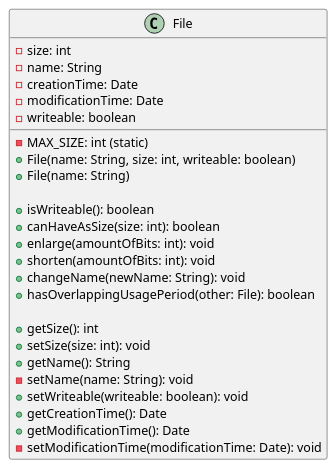
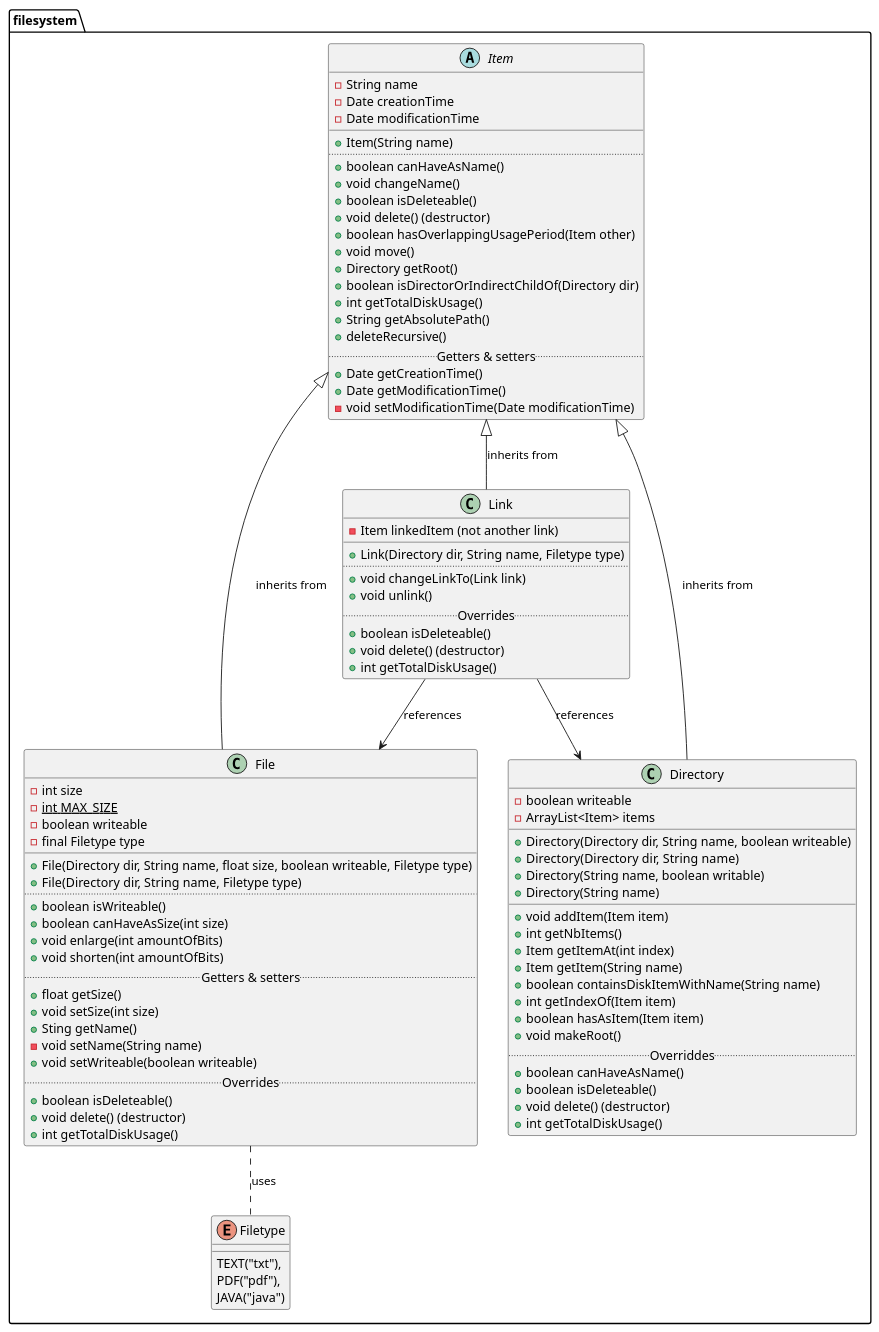
Before and after one commit to vanschependom/KULAK_ogp-practicum2: the diagram in class-diagram/classdiagram.puml, drawn with PlantUML.

Commit message:
Klassendiagram grotendeels afgewerkt

```diff
--- a/class-diagram/classdiagram.puml
+++ b/class-diagram/classdiagram.puml
@@ -1,33 +1,108 @@
 @startuml
 
+package filesystem {
+
+abstract Item {
+    - String name
+    - Date creationTime
+    - Date modificationTime
+__
+    + Item(String name)
+..
+    + boolean canHaveAsName()
+    + void changeName()
+    + boolean isDeleteable()
+    + void delete() (destructor)
+    + boolean hasOverlappingUsagePeriod(Item other)
+    + void move()
+    + Directory getRoot()
+    + boolean isDirectorOrIndirectChildOf(Directory dir)
+    + int getTotalDiskUsage()
+    + String getAbsolutePath()
+    + deleteRecursive()
+..Getters & setters..
+    + Date getCreationTime()
+    + Date getModificationTime()
+    - void setModificationTime(Date modificationTime)
+}
+
 class File {
+    - int size
+    - {static} int MAX_SIZE
+    - boolean writeable
+    - final Filetype type
+__
+    + File(Directory dir, String name, float size, boolean writeable, Filetype type)
+    + File(Directory dir, String name, Filetype type)
+..
+    + boolean isWriteable()
+    + boolean canHaveAsSize(int size)
+    + void enlarge(int amountOfBits)
+    + void shorten(int amountOfBits)
+..Getters & setters..
+    + float getSize()
+    + void setSize(int size)
+    + Sting getName()
+    - void setName(String name)
+    + void setWriteable(boolean writeable)
+..Overrides..
+    + boolean isDeleteable()
+    + void delete() (destructor)
+    + int getTotalDiskUsage()
+}
 
-    - size: int
-    - MAX_SIZE: int (static)
-    - name: String
-    - creationTime: Date
-    - modificationTime: Date
-    - writeable: boolean
+enum Filetype {
+    TEXT("txt"),
+    PDF("pdf"),
+    JAVA("java")
+}
 
-    + File(name: String, size: int, writeable: boolean)
-    + File(name: String)
+class Directory {
+    - boolean writeable
+    - ArrayList<Item> items
+__
+    + Directory(Directory dir, String name, boolean writeable)
+    + Directory(Directory dir, String name)
+    + Directory(String name, boolean writable)
+    + Directory(String name)
+__
+    + void addItem(Item item)
+    + int getNbItems()
+    + Item getItemAt(int index)
+    + Item getItem(String name)
+    + boolean containsDiskItemWithName(String name)
+    + int getIndexOf(Item item)
+    + boolean hasAsItem(Item item)
+    + void makeRoot()
+.. Overriddes ..
+    + boolean canHaveAsName()
+    + boolean isDeleteable()
+    + void delete() (destructor)
+    + int getTotalDiskUsage()
+}
 
-    + isWriteable(): boolean
-    + canHaveAsSize(size: int): boolean
-    + enlarge(amountOfBits: int): void
-    + shorten(amountOfBits: int): void
-    + changeName(newName: String): void
-    + hasOverlappingUsagePeriod(other: File): boolean
+class Link {
+    - Item linkedItem (not another link)
+__
+    + Link(Directory dir, String name, Filetype type)
+..
+    + void changeLinkTo(Link link)
+    + void unlink()
+..Overrides..
+    + boolean isDeleteable()
+    + void delete() (destructor)
+    + int getTotalDiskUsage()
+}
 
-    + getSize(): int
-    + setSize(size: int): void
-    + getName(): String
-    - setName(name: String): void
-    + setWriteable(writeable: boolean): void
-    + getCreationTime(): Date
-    + getModificationTime(): Date
-    - setModificationTime(modificationTime: Date): void
+Item <|-- Link: inherits from
+Item <|-- File: inherits from
+Item <|-- Directory: inherits from
+
+File .. Filetype: uses
+
+Link --> File: references
+Link --> Directory: references
 
 }
 
 @enduml
```
